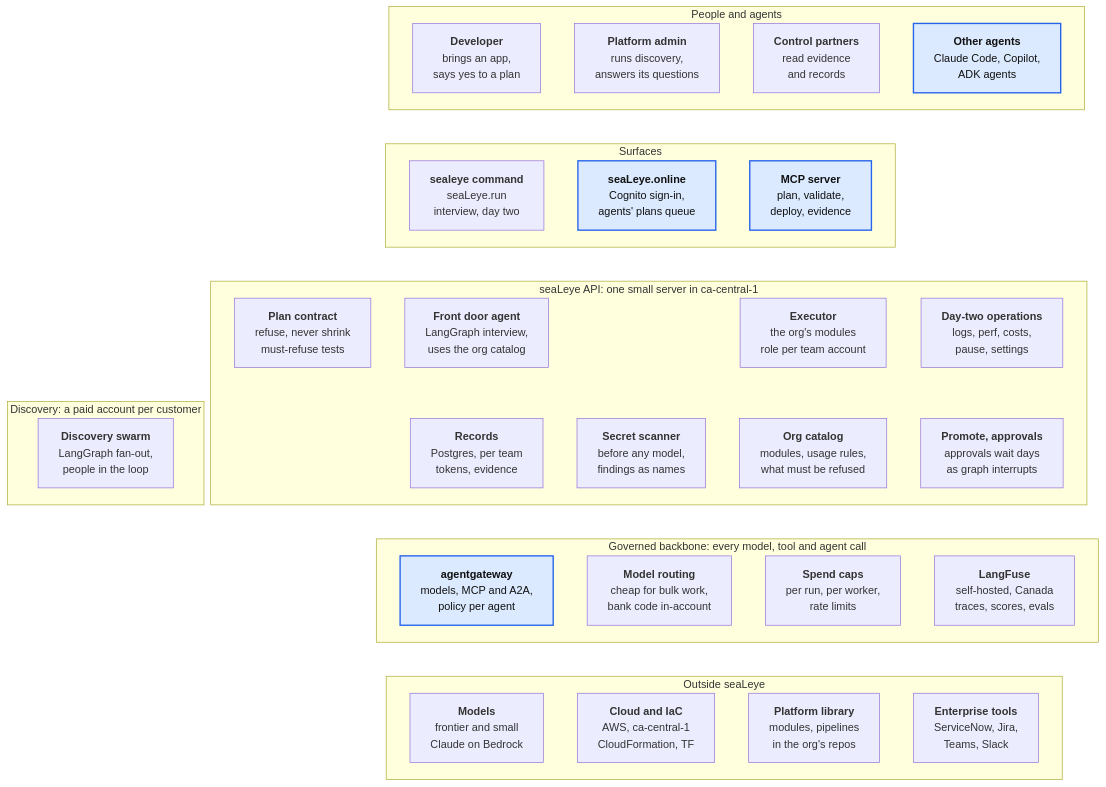
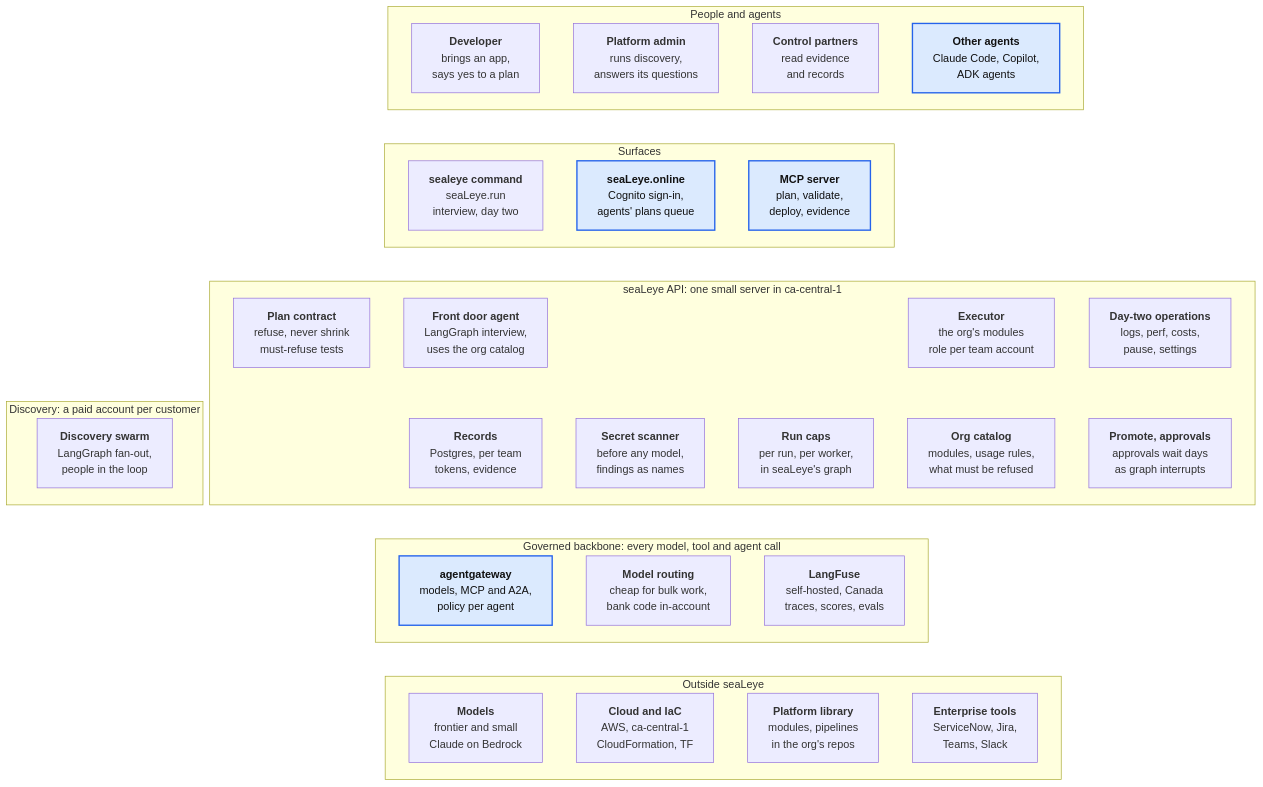
The ninth of 11 diagrams in docs/BUILD-OUT.md (GregKliewer/sealeye), drawn with Mermaid before and after one commit. The commit also changed other lines of this file and 4 other files, not shown here.

First line of the commit message:
Fixes from the independent read: run caps drawn in seaLeye, not the gateway

````diff
--- a/docs/BUILD-OUT.md
+++ b/docs/BUILD-OUT.md
@@ -285,49 +285,49 @@
 ```mermaid
 flowchart TB
   subgraph people["People and agents"]
     dev["<b>Developer</b><br/>brings an app,<br/>says yes to a plan"]
     admin["<b>Platform admin</b><br/>runs discovery,<br/>answers its questions"]
     control["<b>Control partners</b><br/>read evidence<br/>and records"]
     agents["<b>Other agents</b><br/>Claude Code, Copilot,<br/>ADK agents"]
   end
   subgraph surfaces["Surfaces"]
     cli["<b>sealeye command</b><br/>seaLeye.run<br/>interview, day two"]
     portal["<b>seaLeye.online</b><br/>Cognito sign-in,<br/>agents' plans queue"]
     mcp["<b>MCP server</b><br/>plan, validate,<br/>deploy, evidence"]
   end
   dev ~~~ cli
   subgraph api["seaLeye API: one small server in ca-central-1"]
     frontdoor["<b>Front door agent</b><br/>LangGraph interview,<br/>uses the org catalog"]
     contract["<b>Plan contract</b><br/>refuse, never shrink<br/>must-refuse tests"]
     executor["<b>Executor</b><br/>the org's modules<br/>role per team account"]
     daytwo["<b>Day-two operations</b><br/>logs, perf, costs,<br/>pause, settings"]
     records["<b>Records</b><br/>Postgres, per team<br/>tokens, evidence"]
     scanner["<b>Secret scanner</b><br/>before any model,<br/>findings as names"]
+    caps["<b>Run caps</b><br/>per run, per worker,<br/>in seaLeye's graph"]
     catalog["<b>Org catalog</b><br/>modules, usage rules,<br/>what must be refused"]
     promote["<b>Promote, approvals</b><br/>approvals wait days<br/>as graph interrupts"]
   end
   subgraph discoveryacct["Discovery: a paid account per customer"]
     discovery["<b>Discovery swarm</b><br/>LangGraph fan-out,<br/>people in the loop"]
   end
   frontdoor ~~~ records
   contract ~~~ discovery
   executor ~~~ catalog
   daytwo ~~~ promote
   cli ~~~ frontdoor
   subgraph backbone["Governed backbone: every model, tool and agent call"]
     gateway["<b>agentgateway</b><br/>models, MCP and A2A,<br/>policy per agent"]
     routing["<b>Model routing</b><br/>cheap for bulk work,<br/>bank code in-account"]
-    caps["<b>Spend caps</b><br/>per run, per worker,<br/>rate limits"]
     langfuse["<b>LangFuse</b><br/>self-hosted, Canada<br/>traces, scores, evals"]
   end
   records ~~~ gateway
   subgraph outside["Outside seaLeye"]
     models["<b>Models</b><br/>frontier and small<br/>Claude on Bedrock"]
     cloud["<b>Cloud and IaC</b><br/>AWS, ca-central-1<br/>CloudFormation, TF"]
     library["<b>Platform library</b><br/>modules, pipelines<br/>in the org's repos"]
     tools["<b>Enterprise tools</b><br/>ServiceNow, Jira,<br/>Teams, Slack"]
   end
   gateway ~~~ models
   classDef new fill:#dbeafe,stroke:#2563eb,stroke-width:2px,color:#111
   class agents,gateway,mcp,portal new
 ```
````
